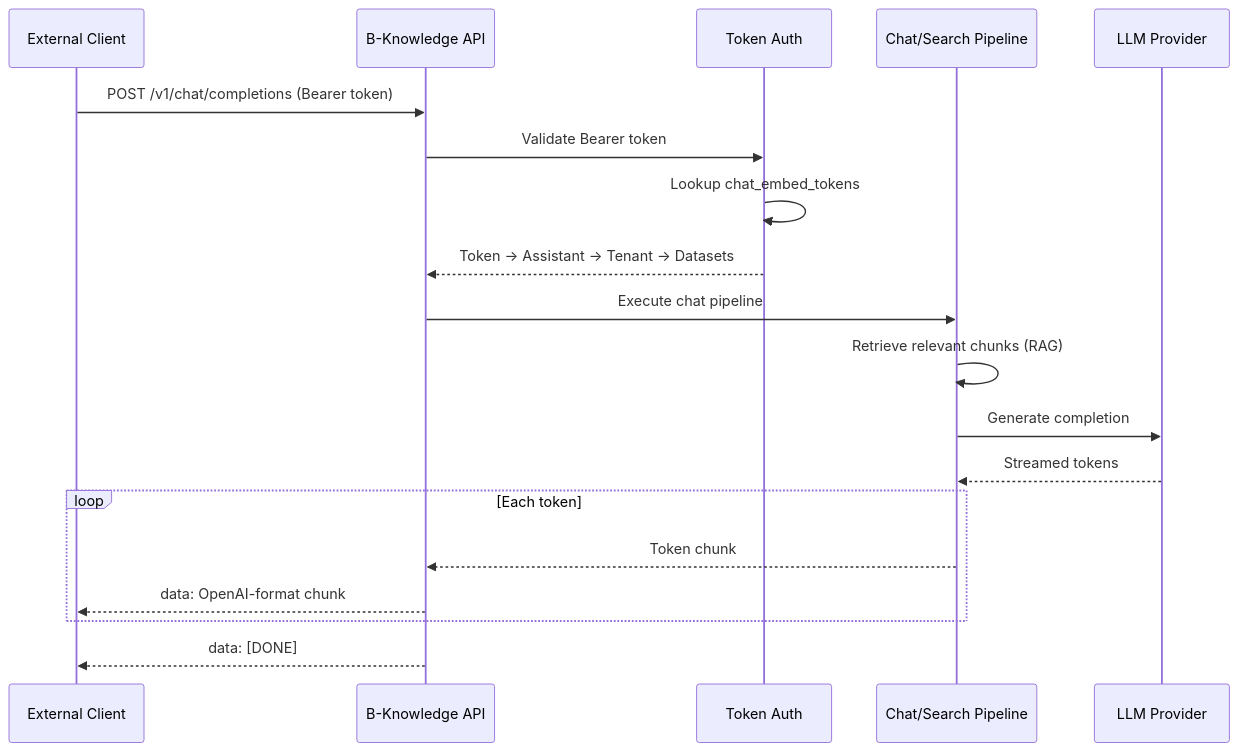
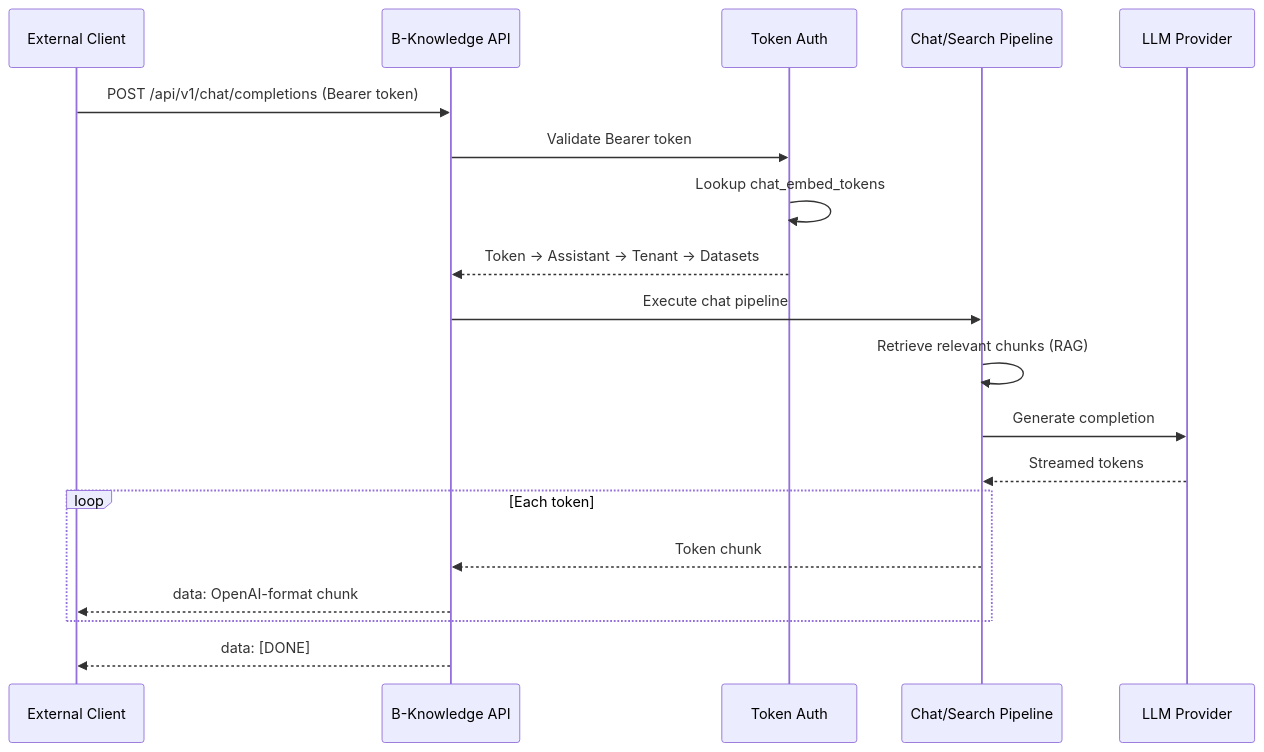
One commit to b-knowledge-solution/b-knowledge changed the first of 3 diagrams in docs/detail-design/supporting/openai-compatible-api.md. Above: the diagram before and after it, drawn with Mermaid. The commit also changed other lines of this file and 83 other files, not shown here.

````diff
--- a/docs/detail-design/supporting/openai-compatible-api.md
+++ b/docs/detail-design/supporting/openai-compatible-api.md
@@ -9,24 +9,24 @@
 ```mermaid
 sequenceDiagram
     participant Client as External Client
     participant API as B-Knowledge API
     participant Auth as Token Auth
     participant Pipeline as Chat/Search Pipeline
     participant LLM as LLM Provider
 
-    Client->>API: POST /v1/chat/completions (Bearer token)
+    Client->>API: POST /api/v1/chat/completions (Bearer token)
     API->>Auth: Validate Bearer token
     Auth->>Auth: Lookup chat_embed_tokens
     Auth-->>API: Token → Assistant → Tenant → Datasets
 
     API->>Pipeline: Execute chat pipeline
     Pipeline->>Pipeline: Retrieve relevant chunks (RAG)
     Pipeline->>LLM: Generate completion
     LLM-->>Pipeline: Streamed tokens
 
     loop Each token
         Pipeline-->>API: Token chunk
         API-->>Client: data: OpenAI-format chunk
     end
     API-->>Client: data: [DONE]
 ```
````
